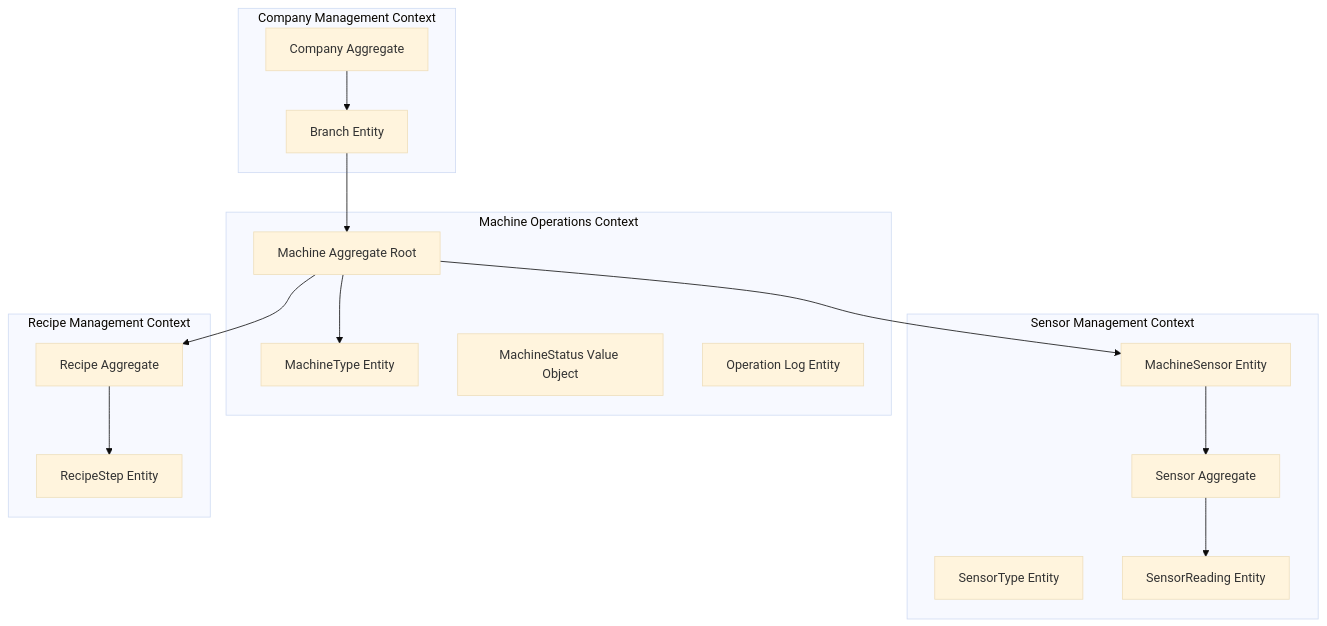
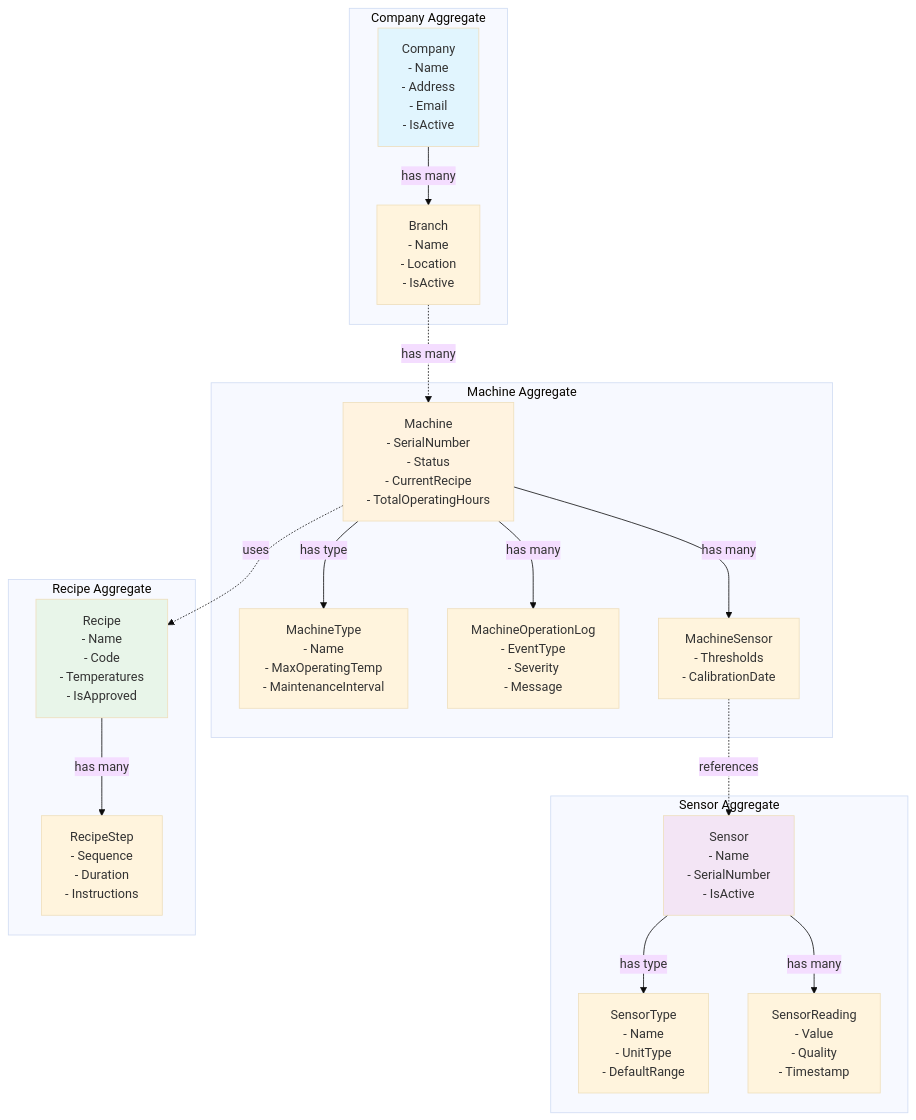
The first of 7 diagrams in README.md (NawafMahs/NexusCore), drawn with Mermaid (base theme) before and after one commit. The commit also changed other lines of this file, not shown here.

````diff
--- a/README.md
+++ b/README.md
@@ -81,35 +7,44 @@
 ```mermaid
 graph TB
-    subgraph "Company Management Context"
-        Company[Company Aggregate]
-        Branch[Branch Entity]
+    subgraph "Company Aggregate"
+        Company[Company<br/>- Name<br/>- Address<br/>- Email<br/>- IsActive]
+        Branch[Branch<br/>- Name<br/>- Location<br/>- IsActive]
+        Company -->|has many| Branch
     end
     
-    subgraph "Machine Operations Context"
-        Machine[Machine Aggregate Root]
-        MachineType[MachineType Entity]
-        MachineStatus[MachineStatus Value Object]
-        MachineOperationLog[Operation Log Entity]
+    subgraph "Machine Aggregate"
+        Machine[Machine<br/>- SerialNumber<br/>- Status<br/>- CurrentRecipe<br/>- TotalOperatingHours]
+        MachineType[MachineType<br/>- Name<br/>- MaxOperatingTemp<br/>- MaintenanceInterval]
+        MachineLog[MachineOperationLog<br/>- EventType<br/>- Severity<br/>- Message]
+        MachineSensor[MachineSensor<br/>- Thresholds<br/>- CalibrationDate]
+        
+        Machine -->|has type| MachineType
+        Machine -->|has many| MachineLog
+        Machine -->|has many| MachineSensor
     end
     
-    subgraph "Sensor Management Context"
-        Sensor[Sensor Aggregate]
-        SensorType[SensorType Entity]
-        SensorReading[SensorReading Entity]
-        MachineSensor[MachineSensor Entity]
+    subgraph "Sensor Aggregate"
+        Sensor[Sensor<br/>- Name<br/>- SerialNumber<br/>- IsActive]
+        SensorType[SensorType<br/>- Name<br/>- UnitType<br/>- DefaultRange]
+        SensorReading[SensorReading<br/>- Value<br/>- Quality<br/>- Timestamp]
+        
+        Sensor -->|has type| SensorType
+        Sensor -->|has many| SensorReading
     end
     
-    subgraph "Recipe Management Context"
-        Recipe[Recipe Aggregate]
-        RecipeStep[RecipeStep Entity]
+    subgraph "Recipe Aggregate"
+        Recipe[Recipe<br/>- Name<br/>- Code<br/>- Temperatures<br/>- IsApproved]
+        RecipeStep[RecipeStep<br/>- Sequence<br/>- Duration<br/>- Instructions]
+        
+        Recipe -->|has many| RecipeStep
     end
     
-    Company --> Branch
-    Branch --> Machine
-    Machine --> MachineType
-    Machine --> MachineSensor
-    MachineSensor --> Sensor
-    Sensor --> SensorReading
-    Machine --> Recipe
-    Recipe --> RecipeStep
+    Branch -.->|has many| Machine
+    Machine -.->|uses| Recipe
+    MachineSensor -.->|references| Sensor
+    
+    style Company fill:#e1f5fe
+    style Machine fill:#fff3e0
+    style Sensor fill:#f3e5f5
+    style Recipe fill:#e8f5e9
 ```
````
